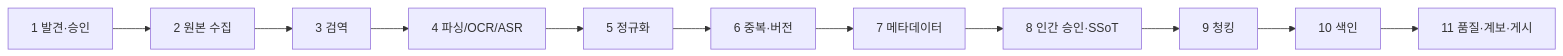
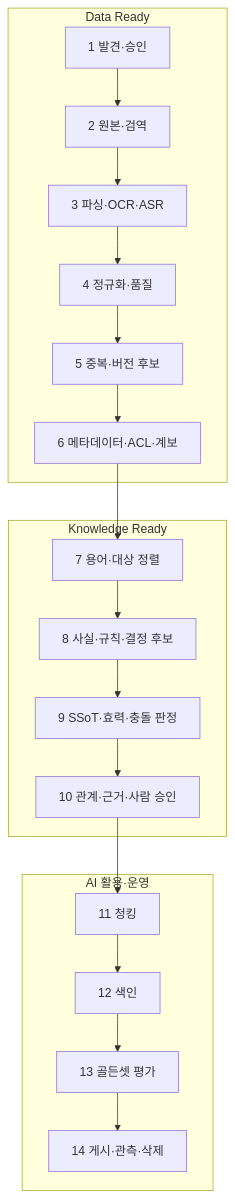
Before and after one commit to geniuskey/AI-Ready-Data: the diagram in docs/05-pipeline/ingestion.md, drawn with Mermaid. The commit also changed other lines of this file and 34 other files, not shown here.

Commit message:
Reorganize guide around data and knowledge readiness

````diff
--- a/docs/05-pipeline/ingestion.md
+++ b/docs/05-pipeline/ingestion.md
@@ -23,13 +24,22 @@
 ```mermaid
-flowchart LR
-  A[1 발견·승인] --> B[2 원본 수집]
-  B --> C[3 검역]
-  C --> D[4 파싱/OCR/ASR]
-  D --> E[5 정규화]
-  E --> F[6 중복·버전]
-  F --> G[7 메타데이터]
-  G --> H[8 인간 승인·SSoT]
-  H --> I[9 청킹]
-  I --> J[10 색인]
-  J --> K[11 품질·계보·게시]
+flowchart TB
+  subgraph DR[Data Ready]
+    A[1 발견·승인] --> B[2 원본·검역]
+    B --> C[3 파싱·OCR·ASR]
+    C --> D[4 정규화·품질]
+    D --> E[5 중복·버전 후보]
+    E --> F[6 메타데이터·ACL·계보]
+  end
+  subgraph KR[Knowledge Ready]
+    G[7 용어·대상 정렬] --> H[8 사실·규칙·결정 후보]
+    H --> I[9 SSoT·효력·충돌 판정]
+    I --> J[10 관계·근거·사람 승인]
+  end
+  subgraph AU[AI 활용·운영]
+    K[11 청킹] --> L[12 색인]
+    L --> M[13 골든셋 평가]
+    M --> N[14 게시·관측·삭제]
+  end
+  F --> G
+  J --> K
 ```
````
